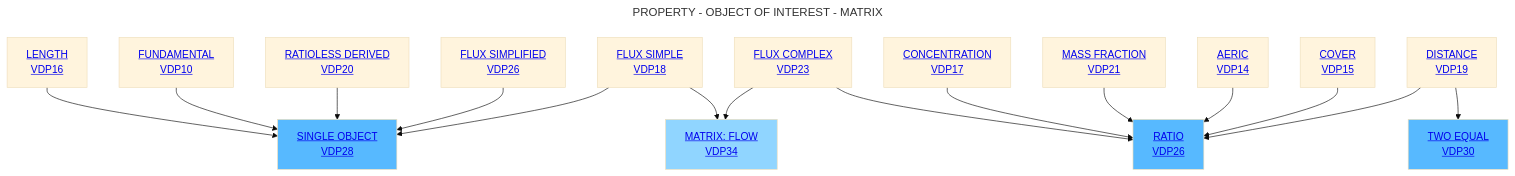
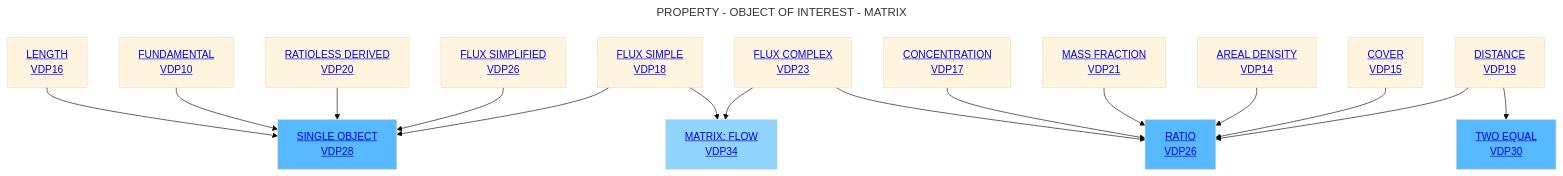
One commit to mabablue/I-ADOPT-patterns-playground changed the diagram in Decisition_trees/DT6.mmd. Above: the diagram before and after it, drawn with Mermaid (base theme).

```diff
--- a/Decisition_trees/DT6.mmd
+++ b/Decisition_trees/DT6.mmd
@@ -1,21 +1,21 @@
 ---
 title: PROPERTY - OBJECT OF INTEREST - MATRIX
 ---
 flowchart TD
     A[<a href='https://github.com/mabablue/I-ADOPT-patterns-playground/blob/main/pattern/VDP16.yaml'>LENGTH <br> VDP16</a>] --> C[<a href='https://github.com/mabablue/I-ADOPT-patterns-playground/blob/main/pattern/VDP28.yaml'>SINGLE OBJECT <br> VDP28</a>]:::satblue
     B[<a href='https://github.com/mabablue/I-ADOPT-patterns-playground/blob/main/pattern/VDP10.yaml'>FUNDAMENTAL <br> VDP10</a>]  --> C
     D[<a href='https://github.com/mabablue/I-ADOPT-patterns-playground/blob/main/pattern/VDP20.yaml'>RATIOLESS DERIVED <br> VDP20</a>] --> C
     E[<a href='https://github.com/mabablue/I-ADOPT-patterns-playground/blob/main/pattern/VDP20.yaml'>FLUX SIMPLIFIED <br> VDP26</a>] --> C
     I[<a href='https://github.com/mabablue/I-ADOPT-patterns-playground/blob/main/pattern/VDP23.yaml'>FLUX COMPLEX <br> VDP23</a>] --> F  
     M[<a href='https://github.com/mabablue/I-ADOPT-patterns-playground/blob/main/pattern/VDP17.yaml'>CONCENTRATION <br> VDP17</a>] --> F
     L[<a href='https://github.com/mabablue/I-ADOPT-patterns-playground/blob/main/pattern/VDP21.yaml'>MASS FRACTION <br> VDP21</a>] --> F[<a href='https://github.com/mabablue/I-ADOPT-patterns-playground/blob/main/pattern/VDP26.yaml'>RATIO <br> VDP26</a>]:::satblue
     Q[<a href='https://github.com/mabablue/I-ADOPT-patterns-playground/blob/main/pattern/VDP18.yaml'>FLUX SIMPLE <br> VDP18</a>] --> C
-    O[<a href='https://github.com/mabablue/I-ADOPT-patterns-playground/blob/main/pattern/VDP14.yaml'>AERIC <br> VDP14</a>] --> F
+    O[<a href='https://github.com/mabablue/I-ADOPT-patterns-playground/blob/main/pattern/VDP14.yaml'>AREAL DENSITY <br> VDP14</a>] --> F
     P[<a href='https://github.com/mabablue/I-ADOPT-patterns-playground/blob/main/pattern/VDP15.yaml'>COVER <br> VDP15</a>] --> F
     Q --> K[<a href='https://github.com/mabablue/I-ADOPT-patterns-playground/blob/main/pattern/VDP34.yaml'>MATRIX: FLOW <br> VDP34</a>]:::blue
     G[<a href='https://github.com/mabablue/I-ADOPT-patterns-playground/blob/main/pattern/VDP23.yaml'>DISTANCE <br> VDP19</a>] --> F 
     G --> R[<a href='https://github.com/mabablue/I-ADOPT-patterns-playground/blob/main/pattern/VDP30.yaml'>TWO EQUAL <br> VDP30</a>]:::satblue
     I --> K
 
    classDef blue fill:#90D5FF
    classDef satblue fill:#57B9FF
```
